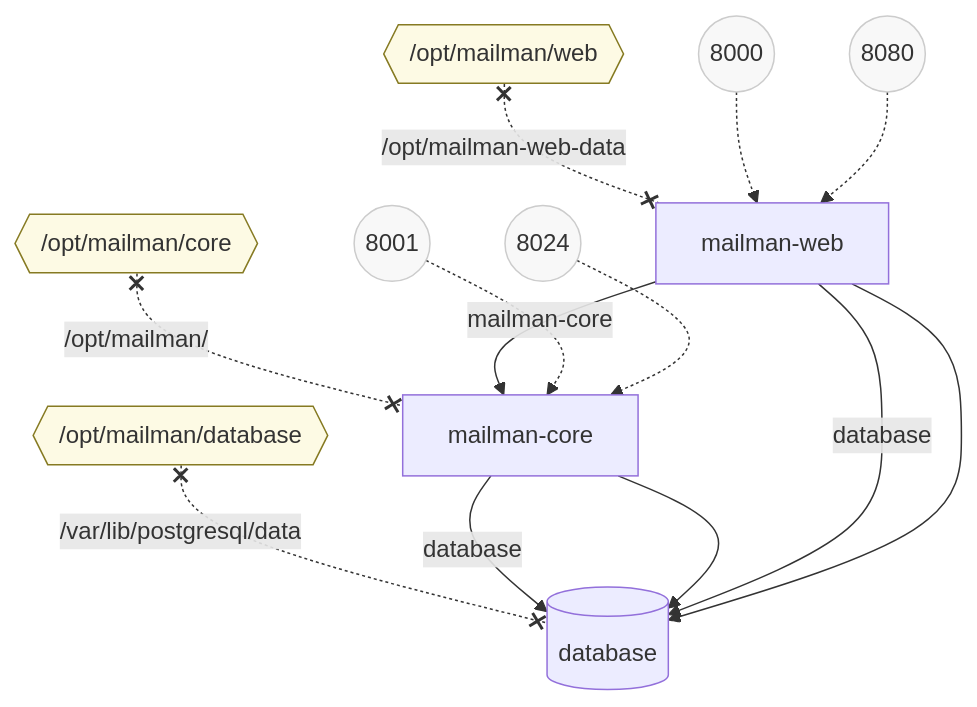
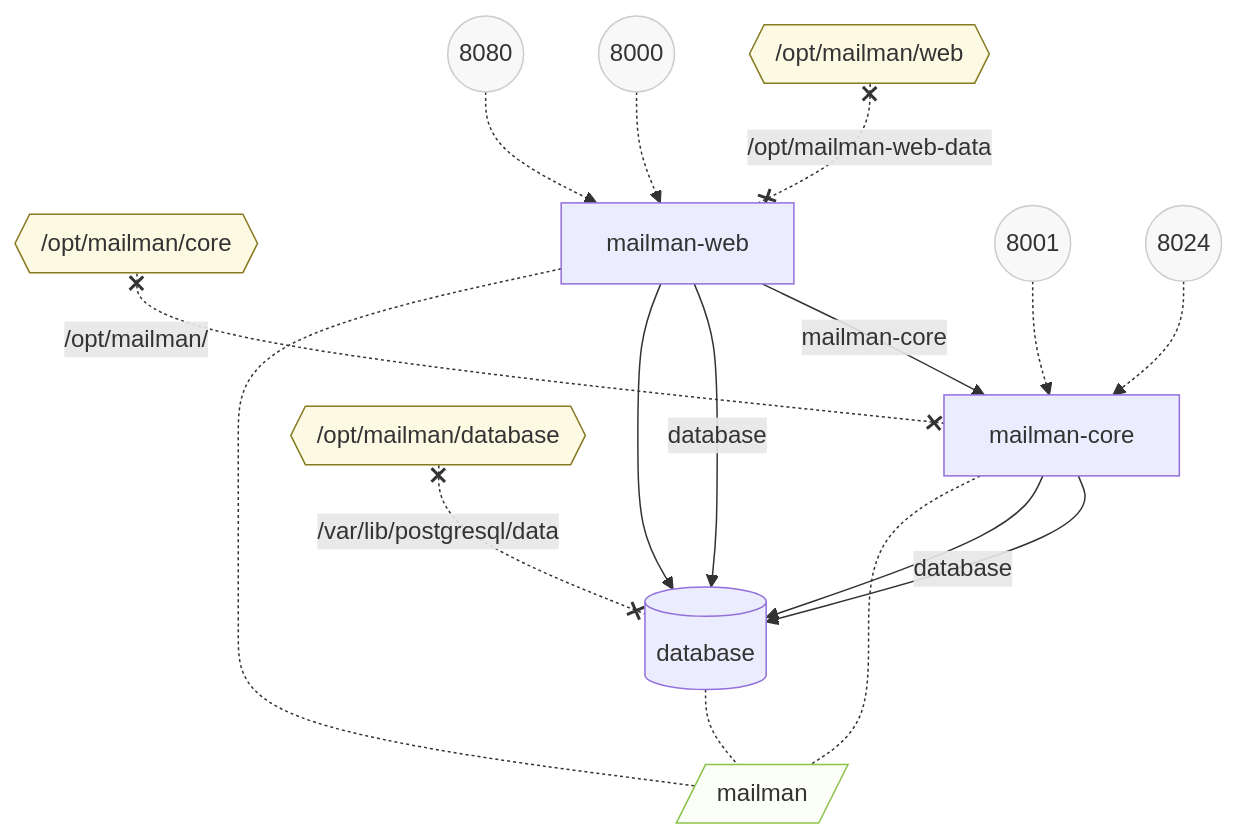
One commit to derlin/docker-compose-viz-mermaid changed the diagram in docs/_includes/generated/mailman-default.md. Above: the diagram before and after it, drawn with Mermaid. The commit also changed 43 other files, not shown here.

````diff
--- a/docs/_includes/generated/mailman-default.md
+++ b/docs/_includes/generated/mailman-default.md
@@ -1,21 +1,26 @@
 ```mermaid
 %%{init: {'theme': 'default'}}%%
 flowchart TB
   Voptmailmancore{{/opt/mailman/core}} x-. /opt/mailman/ .-x mailmancore[mailman-core]
   Voptmailmanweb{{/opt/mailman/web}} x-. /opt/mailman-web-data .-x mailmanweb[mailman-web]
   Voptmailmandatabase{{/opt/mailman/database}} x-. /var/lib/postgresql/data .-x database[(database)]
   mailmancore -- database --> database
   mailmancore --> database
   mailmanweb -- mailman-core --> mailmancore
   mailmanweb -- database --> database
   mailmanweb --> database
   P0((8001)) -.-> mailmancore
   P1((8024)) -.-> mailmancore
   P2((8000)) -.-> mailmanweb
   P3((8080)) -.-> mailmanweb
+  mailmancore -.- mailman[/mailman/]
+  mailmanweb -.- mailman
+  database -.- mailman
 
   classDef volumes fill:#fdfae4,stroke:#867a22
   class Voptmailmancore,Voptmailmanweb,Voptmailmandatabase volumes
   classDef ports fill:#f8f8f8,stroke:#ccc
   class P0,P1,P2,P3 ports
+  classDef nets fill:#fbfff7,stroke:#8bc34a
+  class mailman nets
 ```
````
